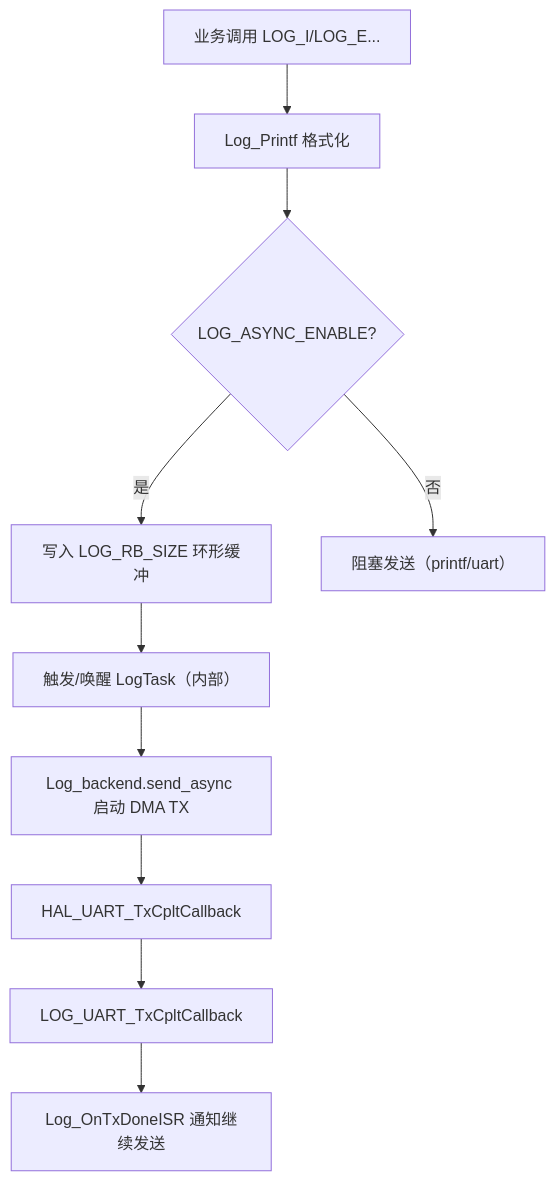
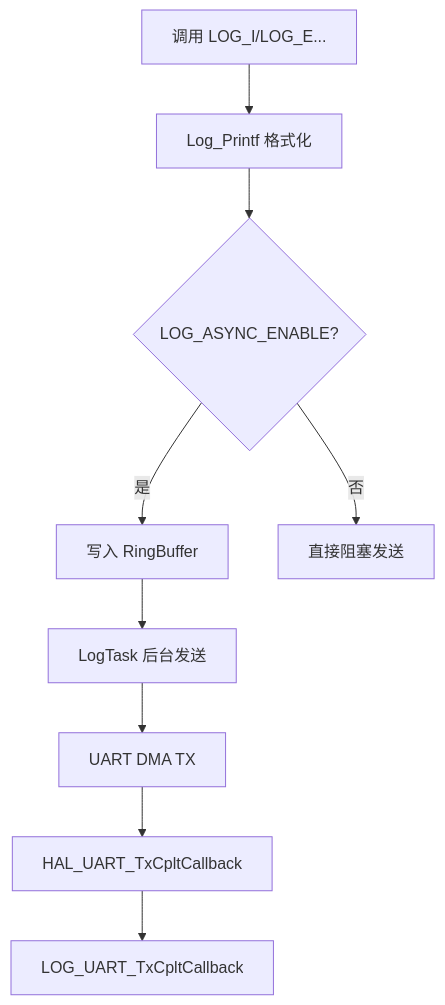
One commit to 2376854787/SmartLock changed the diagram in docs/developer-guide/modules/components-log.md. Above: the diagram before and after it, drawn with Mermaid. The commit also changed other lines of this file and 22 other files, not shown here.

````diff
--- a/docs/developer-guide/modules/components-log.md
+++ b/docs/developer-guide/modules/components-log.md
@@ -14,12 +18,11 @@
 ```mermaid
 flowchart TD
-  A[业务调用 LOG_I/LOG_E...] --> B[Log_Printf 格式化]
+  A[调用 LOG_I/LOG_E...] --> B[Log_Printf 格式化]
   B --> C{LOG_ASYNC_ENABLE?}
-  C -->|是| D[写入 LOG_RB_SIZE 环形缓冲]
-  D --> E[触发/唤醒 LogTask（内部）]
-  E --> F[Log_backend.send_async 启动 DMA TX]
+  C -->|是| D[写入 RingBuffer]
+  D --> E[LogTask 后台发送]
+  E --> F[UART DMA TX]
   F --> G[HAL_UART_TxCpltCallback]
   G --> H[LOG_UART_TxCpltCallback]
-  H --> I[Log_OnTxDoneISR 通知继续发送]
-  C -->|否| J[阻塞发送（printf/uart）]
+  C -->|否| I[直接阻塞发送]
 ```
````
